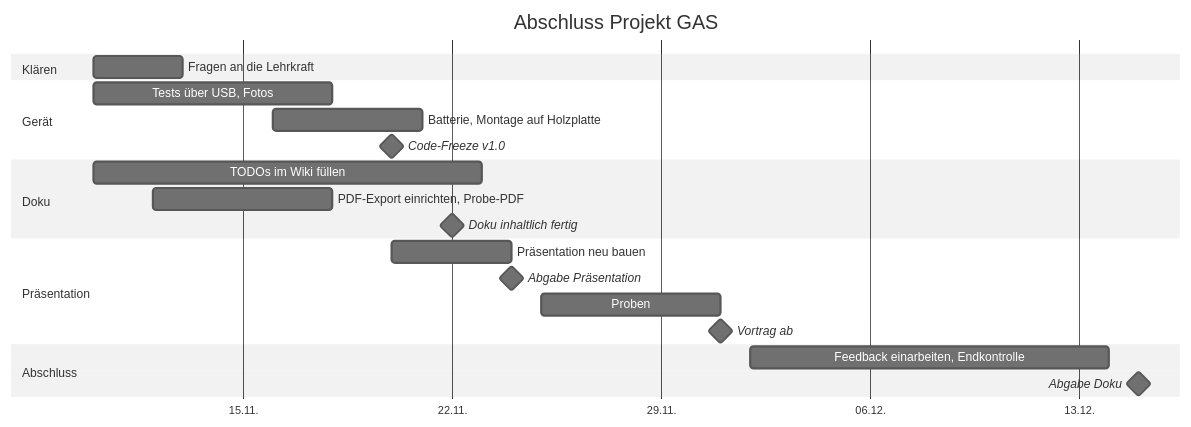
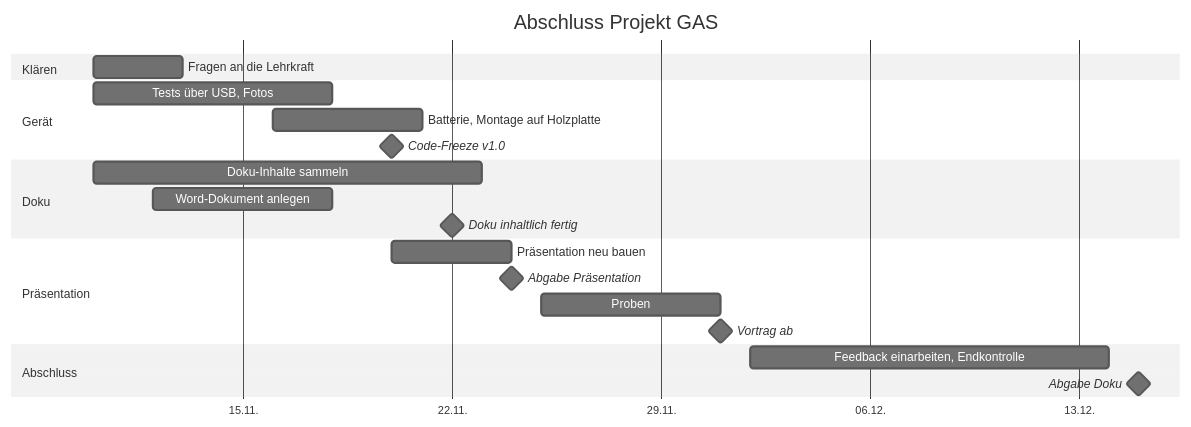
Before and after one commit to BBZ-AIFS51/LF7-Projekt_GAS: the diagram in MDs/abschlussplan.md, drawn with Mermaid (neutral theme). The commit also changed other lines of this file and 25 other files, not shown here.

First line of the commit message:
Phase 2 clean-up: wiki becomes a project wiki, docs move to Word

````diff
--- a/MDs/abschlussplan.md
+++ b/MDs/abschlussplan.md
@@ -75,31 +80,31 @@
 ```mermaid
 gantt
     title Abschluss Projekt GAS
     dateFormat YYYY-MM-DD
     axisFormat %d.%m.
     tickInterval 1week
     todayMarker off
 
     section Klären
     Fragen an die Lehrkraft          :a0, 2026-11-10, 3d
 
     section Gerät
     Tests über USB, Fotos            :a1, 2026-11-10, 8d
     Batterie, Montage auf Holzplatte :a1b, 2026-11-16, 5d
     Code-Freeze v1.0                 :milestone, m1, 2026-11-20, 0d
 
     section Doku
-    TODOs im Wiki füllen             :a2, 2026-11-10, 13d
-    PDF-Export einrichten, Probe-PDF :a2b, 2026-11-12, 6d
+    Doku-Inhalte sammeln             :a2, 2026-11-10, 13d
+    Word-Dokument anlegen            :a2b, 2026-11-12, 6d
     Doku inhaltlich fertig           :milestone, m2, 2026-11-22, 0d
 
     section Präsentation
     Präsentation neu bauen           :a3, 2026-11-20, 4d
     Abgabe Präsentation              :milestone, m3, 2026-11-24, 0d
     Proben                           :a4, 2026-11-25, 6d
     Vortrag ab                       :milestone, m4, 2026-12-01, 0d
 
     section Abschluss
     Feedback einarbeiten, Endkontrolle :a5, 2026-12-02, 12d
     Abgabe Doku                      :milestone, m5, 2026-12-15, 0d
 ```
````
